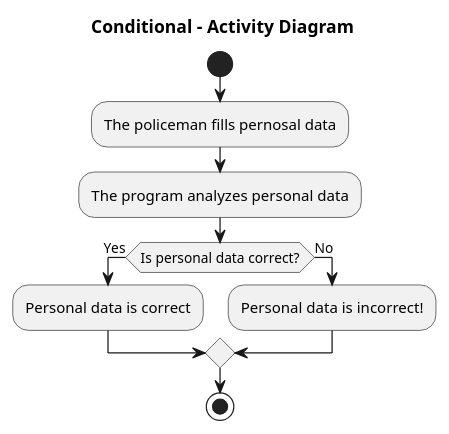
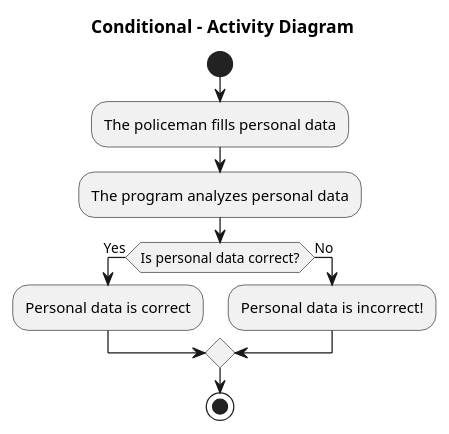
The diagram in 2-SoftwareDesign/2.7-PlantUML/UML-Activity.puml (oleksandrblazhko/ai204-krutienko), drawn with PlantUML before and after one commit.

```diff
--- a/2-SoftwareDesign/2.7-PlantUML/UML-Activity.puml
+++ b/2-SoftwareDesign/2.7-PlantUML/UML-Activity.puml
@@ -1,14 +1,14 @@
 @startuml
 title Conditional - Activity Diagram 
 
 start
-:The policeman fills pernosal data;
+:The policeman fills personal data;
 :The program analyzes personal data;
 if (Is personal data correct?) then (Yes)
   :Personal data is correct;
 else (No)
   :Personal data is incorrect!;
 endif
 stop
 
 @enduml
```
